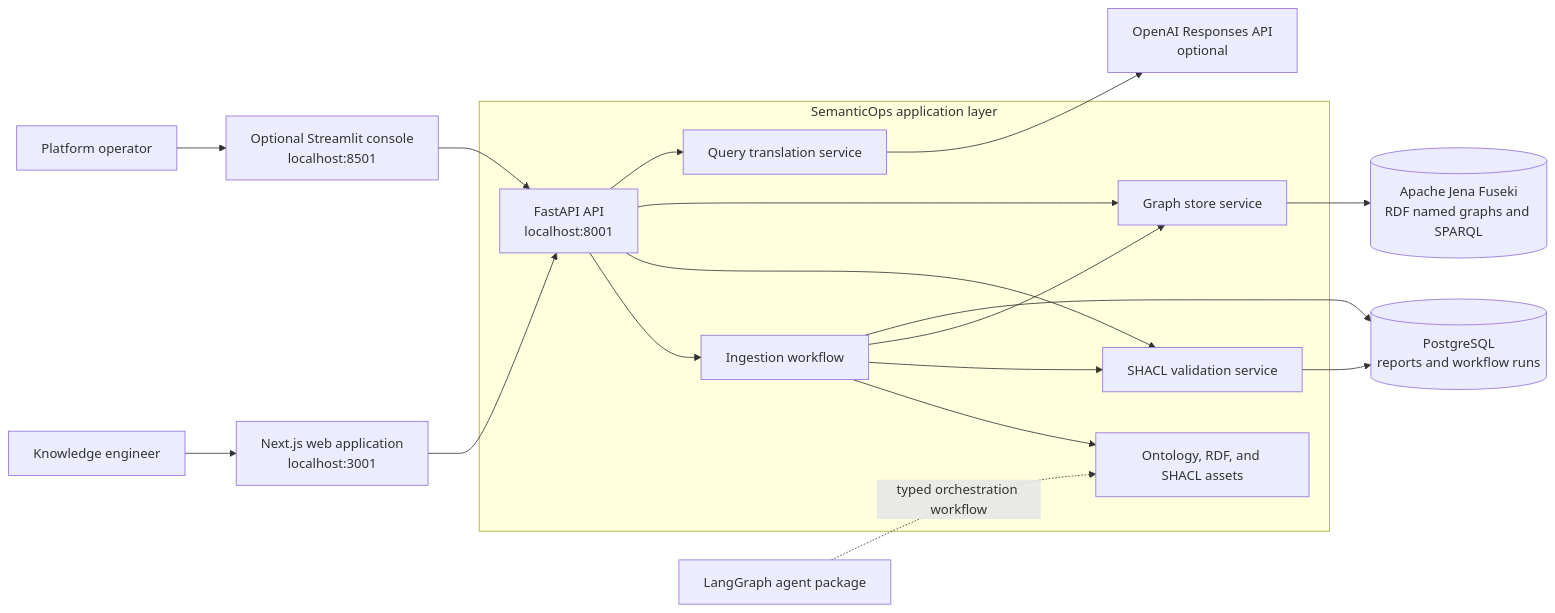
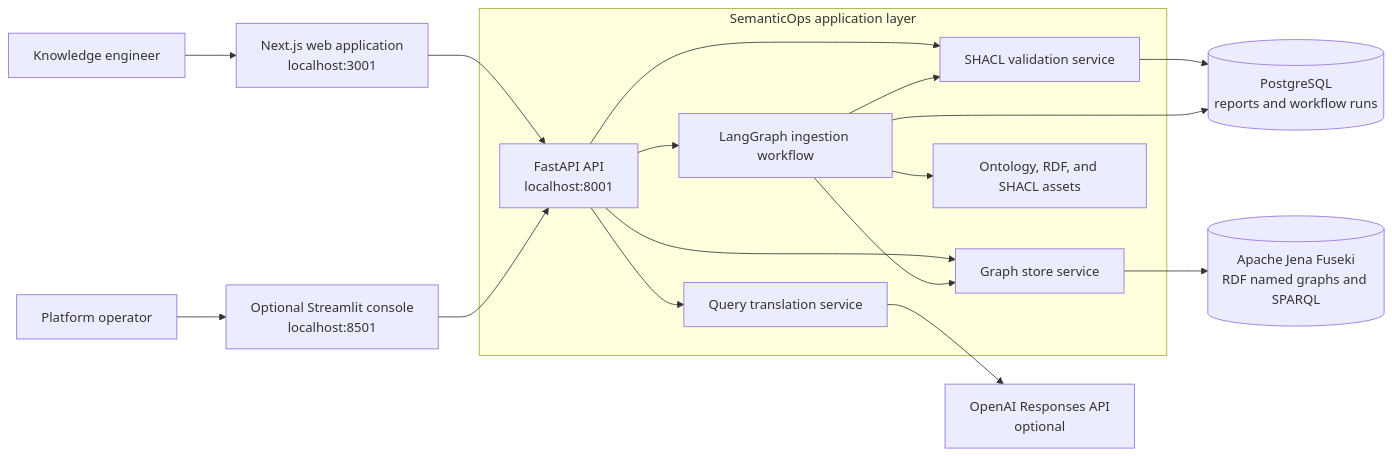
One commit to ragunath1242001/AI-Multi-Agent-Platform-for-Enterprise-Knowledge-Graph-Engineering changed the diagram in README.md. Above: the diagram before and after it, drawn with Mermaid. The commit also changed other lines of this file and 11 other files, not shown here.

Commit message:
feat: connect LangGraph ingestion workflow

````diff
--- a/README.md
+++ b/README.md
@@ -18,25 +18,24 @@
 ```mermaid
 flowchart LR
     User[Knowledge engineer] --> Web[Next.js web application<br/>localhost:3001]
     Operator[Platform operator] --> Console[Optional Streamlit console<br/>localhost:8501]
 
     Web --> API[FastAPI API<br/>localhost:8001]
     Console --> API
 
     subgraph Application[SemanticOps application layer]
-        API --> Workflow[Ingestion workflow]
+        API --> Workflow[LangGraph ingestion workflow]
         API --> Validation[SHACL validation service]
         API --> Graph[Graph store service]
         API --> Translation[Query translation service]
         Workflow --> Assets[Ontology, RDF, and SHACL assets]
         Workflow --> Validation
         Workflow --> Graph
     end
 
     Validation --> PostgreSQL[(PostgreSQL<br/>reports and workflow runs)]
     Workflow --> PostgreSQL
     Graph --> Fuseki[(Apache Jena Fuseki<br/>RDF named graphs and SPARQL)]
     Translation --> OpenAI[OpenAI Responses API<br/>optional]
 
-    AgentPackage[LangGraph agent package] -. typed orchestration workflow .-> Assets
 ```
````
